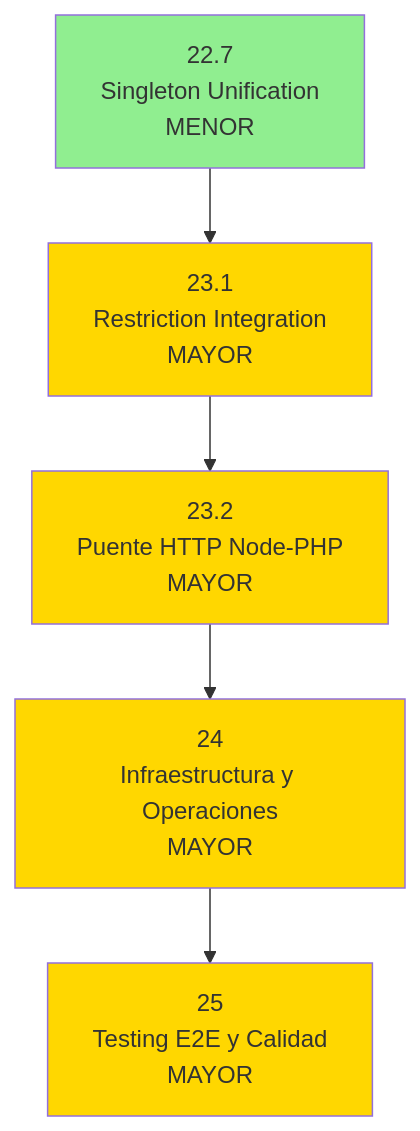
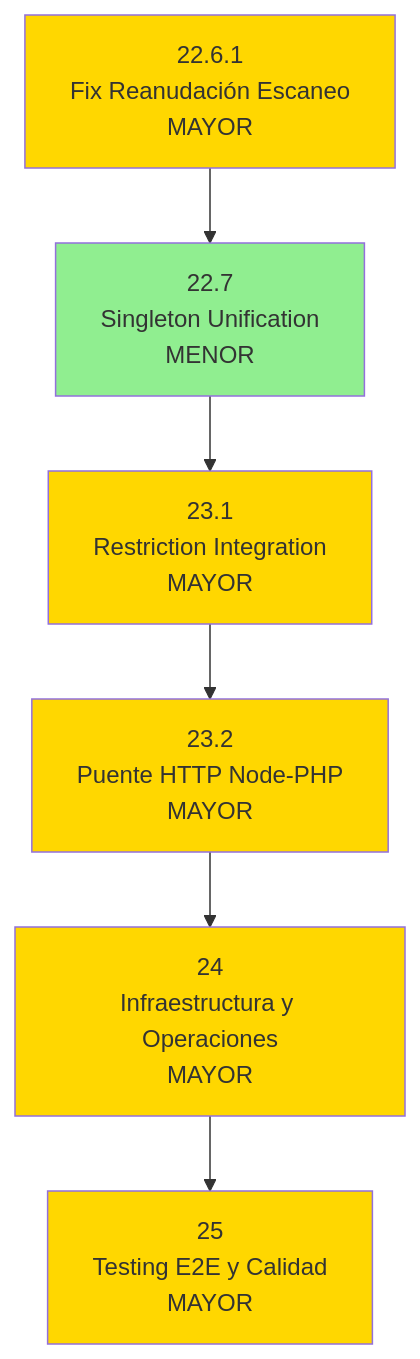
The diagram in ROADMAP.md (Ragnarsss/capstone-backend), drawn with Mermaid before and after one commit. The commit also changed other lines of this file, not shown here.

Commit message:
docs(roadmap): agregar fase 22.6.1 fix reanudación escaneo post-cooldown

````diff
--- a/ROADMAP.md
+++ b/ROADMAP.md
@@ -53,19 +55,22 @@
 ```mermaid
 flowchart TB
-    P1[22.7<br/>Singleton Unification<br/>MENOR]
-    P2[23.1<br/>Restriction Integration<br/>MAYOR]
-    P3[23.2<br/>Puente HTTP Node-PHP<br/>MAYOR]
-    P4[24<br/>Infraestructura y Operaciones<br/>MAYOR]
-    P5[25<br/>Testing E2E y Calidad<br/>MAYOR]
+    P1[22.6.1<br/>Fix Reanudación Escaneo<br/>MAYOR]
+    P2[22.7<br/>Singleton Unification<br/>MENOR]
+    P3[23.1<br/>Restriction Integration<br/>MAYOR]
+    P4[23.2<br/>Puente HTTP Node-PHP<br/>MAYOR]
+    P5[24<br/>Infraestructura y Operaciones<br/>MAYOR]
+    P6[25<br/>Testing E2E y Calidad<br/>MAYOR]
     
     P1 --> P2
     P2 --> P3
     P3 --> P4
     P4 --> P5
+    P5 --> P6
 
-    style P1 fill:#90EE90
-    style P2 fill:#FFD700
+    style P1 fill:#FFD700
+    style P2 fill:#90EE90
     style P3 fill:#FFD700
     style P4 fill:#FFD700
     style P5 fill:#FFD700
+    style P6 fill:#FFD700
 ```
````
